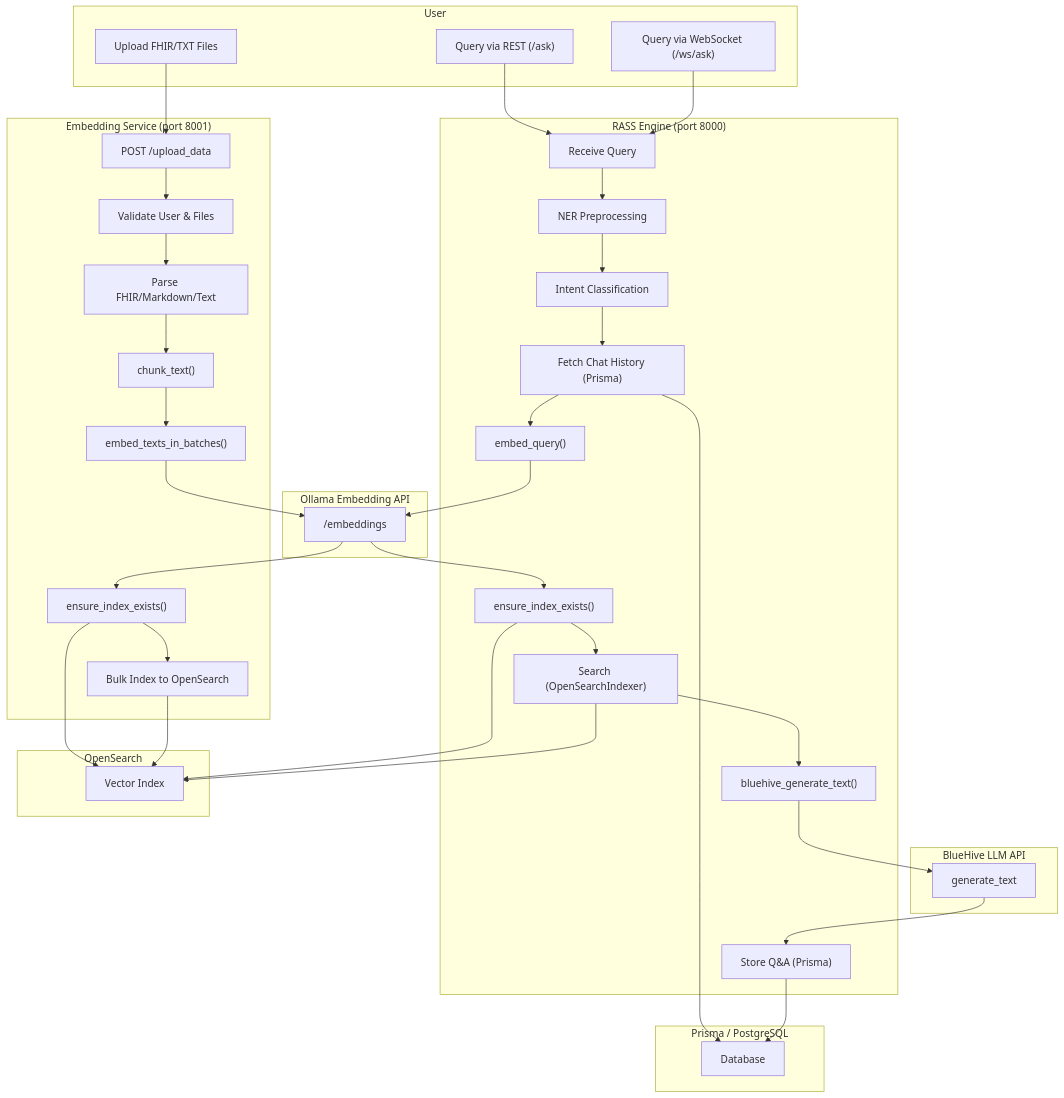
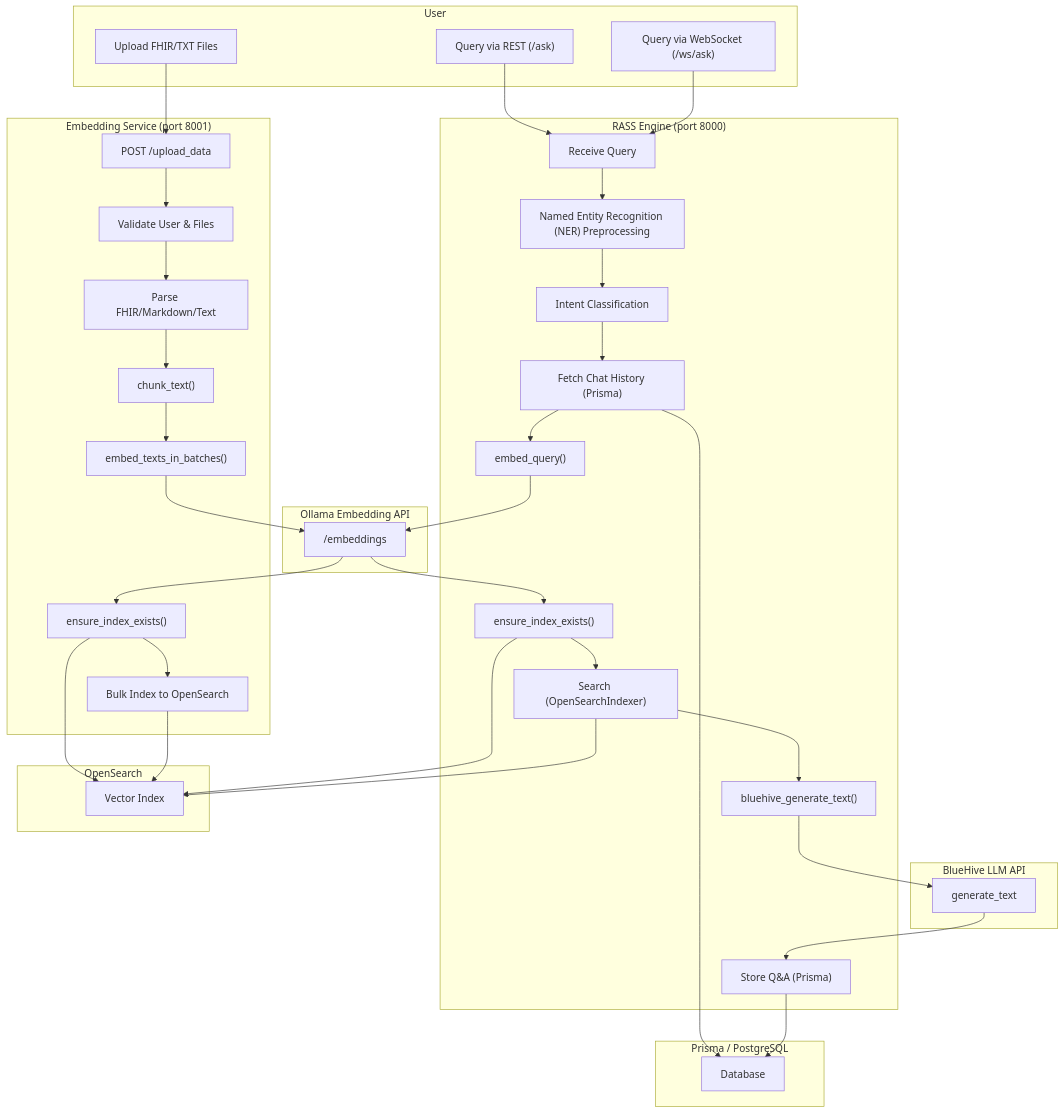
Before and after one commit to NeuralRevenant/RASSEngine: the diagram in README.md, drawn with Mermaid. The commit also changed other lines of this file, not shown here.

````diff
--- a/README.md
+++ b/README.md
@@ -18,64 +18,64 @@
 ```mermaid
 flowchart TD
   %% Users
   subgraph User["User"]
     UQ["Query via REST (/ask)"]
     UWS["Query via WebSocket (/ws/ask)"]
     UPL["Upload FHIR/TXT Files"]
   end
 
   %% RASS Engine (Query Microservice)
   subgraph RASSEngine["RASS Engine (port 8000)"]
     A1["Receive Query"]
-    A2["NER Preprocessing"]
+    A2["Named Entity Recognition (NER) Preprocessing"]
     A3["Intent Classification"]
     A4["Fetch Chat History (Prisma)"]
     A5["embed_query()"]
     A6["ensure_index_exists()"]
     A7["Search (OpenSearchIndexer)"]
     A8["bluehive_generate_text()"]
     A9["Store Q&A (Prisma)"]
   end
 
   %% Embedding Service (File Ingestion)
   subgraph EmbeddingService["Embedding Service (port 8001)"]
     B1["POST /upload_data"]
     B2["Validate User & Files"]
     B3["Parse FHIR/Markdown/Text"]
     B4["chunk_text()"]
     B5["embed_texts_in_batches()"]
     B6["ensure_index_exists()"]
     B7["Bulk Index to OpenSearch"]
   end
 
   %% External APIs & DBs
   subgraph Ollama["Ollama Embedding API"]
     OL["/embeddings"]
   end
 
   subgraph OpenSearch["OpenSearch"]
     OS["Vector Index"]
   end
 
   subgraph BlueHive["BlueHive LLM API"]
     BH["generate_text"]
   end
 
   subgraph Prisma["Prisma / PostgreSQL"]
     DB["Database"]
   end
 
   %% Query flow
   UQ --> A1
   UWS --> A1
   A1 --> A2 --> A3 --> A4
   A4 --> DB
   A4 --> A5 --> OL --> A6 --> OS
   A6 --> A7 --> OS
   A7 --> A8 --> BH --> A9 --> DB
 
   %% Ingestion flow
   UPL --> B1 --> B2 --> B3 --> B4 --> B5 --> OL
   OL --> B6 --> OS
   B6 --> B7 --> OS
 ```
````
